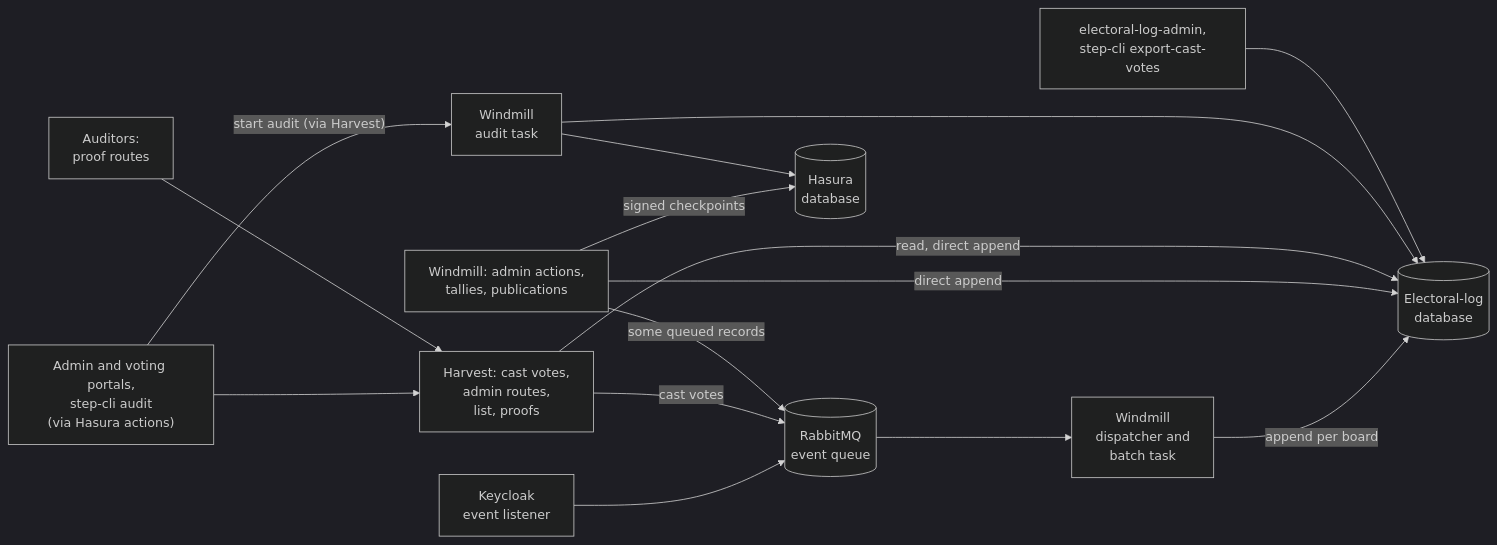
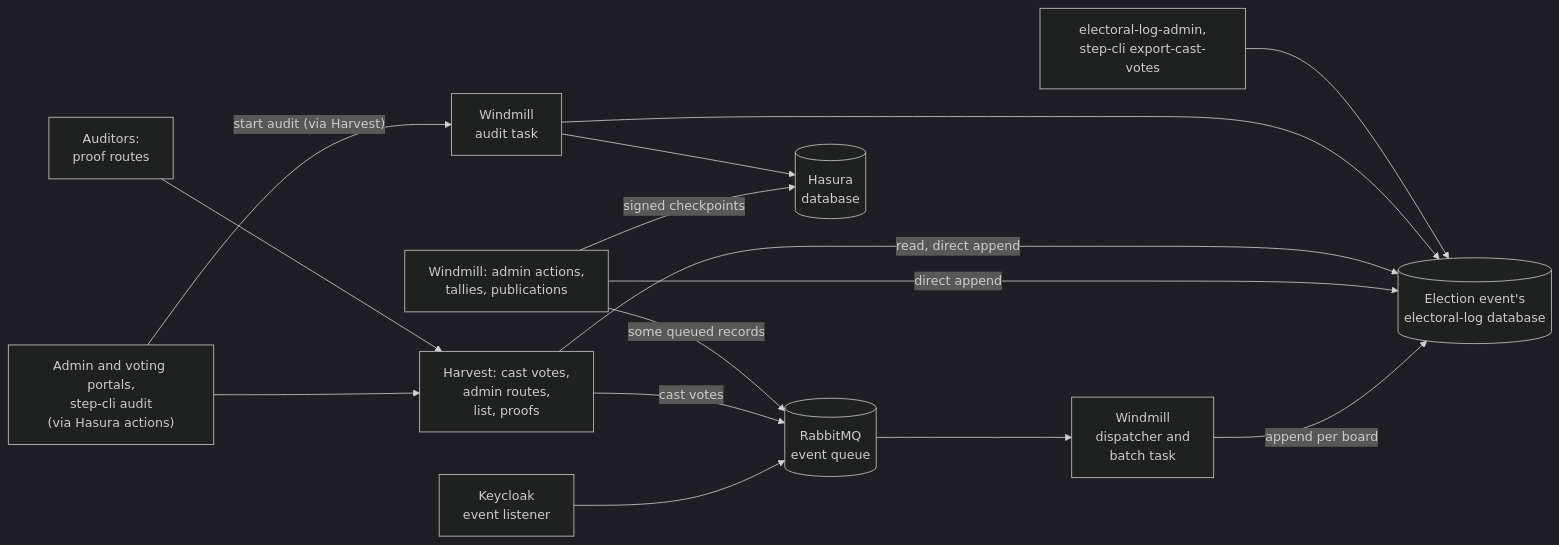
One commit to sequentech/step changed the first of 6 diagrams in docs/docusaurus/docs/07-developers/13-electoral-log/01-electoral-log-design.md. Above: the diagram before and after it, drawn with Mermaid (dark theme). The commit also changed other lines of this file and 97 other files, not shown here.

First line of the commit message:
Electoral log: a database per election event, with logs that keep their roots across export and import (#3534)

````diff
--- a/docs/docusaurus/docs/07-developers/13-electoral-log/01-electoral-log-design.md
+++ b/docs/docusaurus/docs/07-developers/13-electoral-log/01-electoral-log-design.md
@@ -59,17 +59,17 @@
 ```mermaid
 flowchart LR
     KC["Keycloak<br/>event listener"] --> Q[("RabbitMQ<br/>event queue")]
     HV["Harvest: cast votes,<br/>admin routes,<br/>list, proofs"] -->|"cast votes"| Q
     Q --> DISP["Windmill<br/>dispatcher and<br/>batch task"]
-    DISP -->|"append per board"| DB[("Electoral-log<br/>database")]
+    DISP -->|"append per board"| DB[("Election event's<br/>electoral-log database")]
     WD["Windmill: admin actions,<br/>tallies, publications"] -->|"direct append"| DB
     WD -->|"some queued records"| Q
     WD -->|"signed checkpoints"| HDB[("Hasura<br/>database")]
     HV -->|"read, direct append"| DB
     AUD["Windmill<br/>audit task"] --> DB
     AUD --> HDB
     ADM["electoral-log-admin,<br/>step-cli export-cast-votes"] --> DB
     CL["Admin and voting portals,<br/>step-cli audit<br/>(via Hasura actions)"] --> HV
     AUDR["Auditors:<br/>proof routes"] --> HV
     CL -->|"start audit (via Harvest)"| AUD
 ```
````
